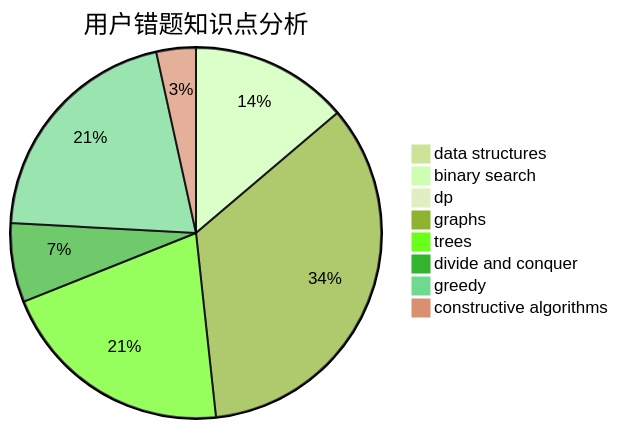
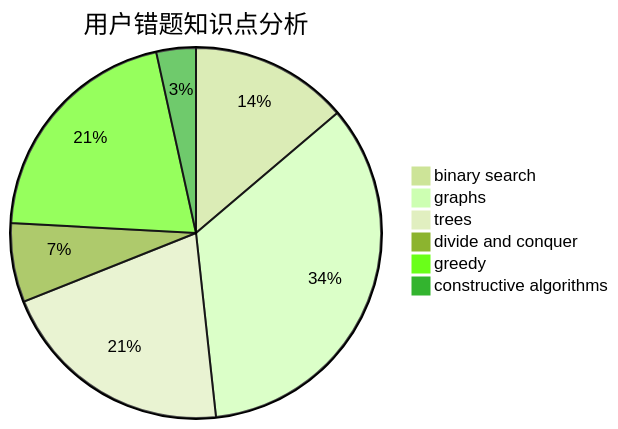
Before and after one commit to sherpahu/cfrs.github.io: the third of 3 diagrams in docs/user/u1337.md, drawn with Mermaid (forest theme). The commit also changed other lines of this file and 2770 other files, not shown here.

````diff
--- a/docs/user/u1337.md
+++ b/docs/user/u1337.md
@@ -31,11 +28,9 @@
 ```mermaid
 pie title 用户错题知识点分析
-    "data structures" :  0
     "binary search" :  4
-    "dp" :  0
     "graphs" :  10
     "trees" :  6
     "divide and conquer" :  2
     "greedy" :  6
     "constructive algorithms" :  1
 ```
````
